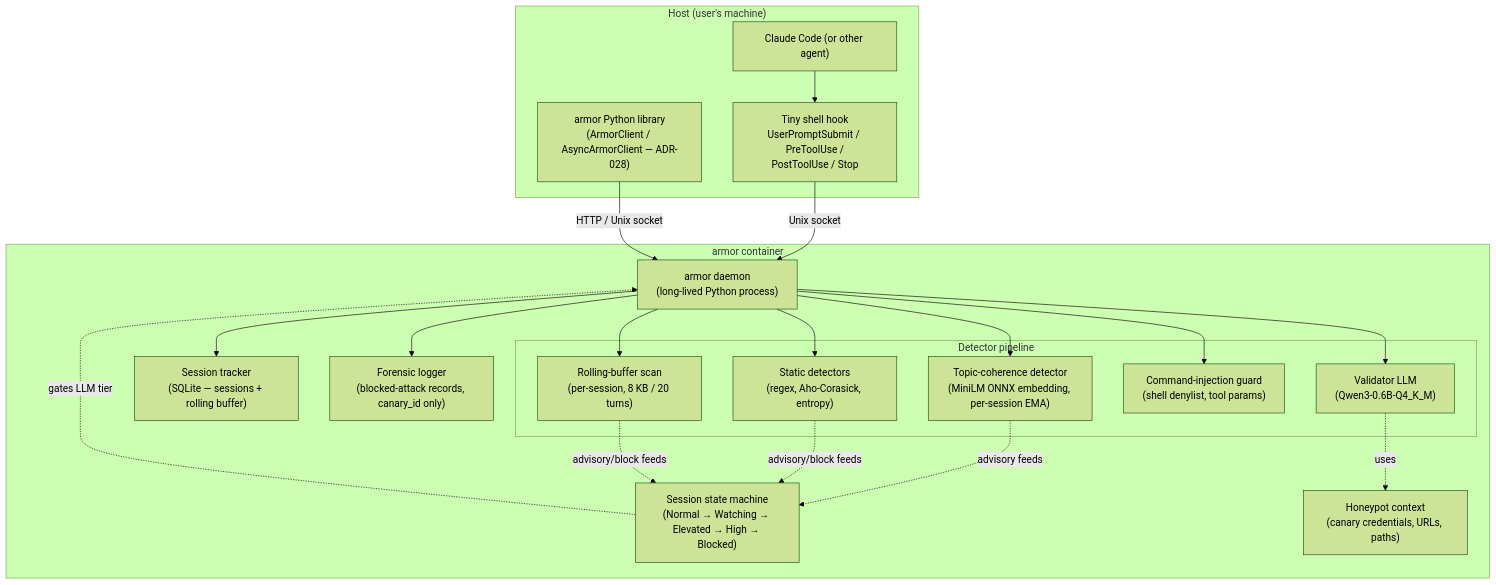
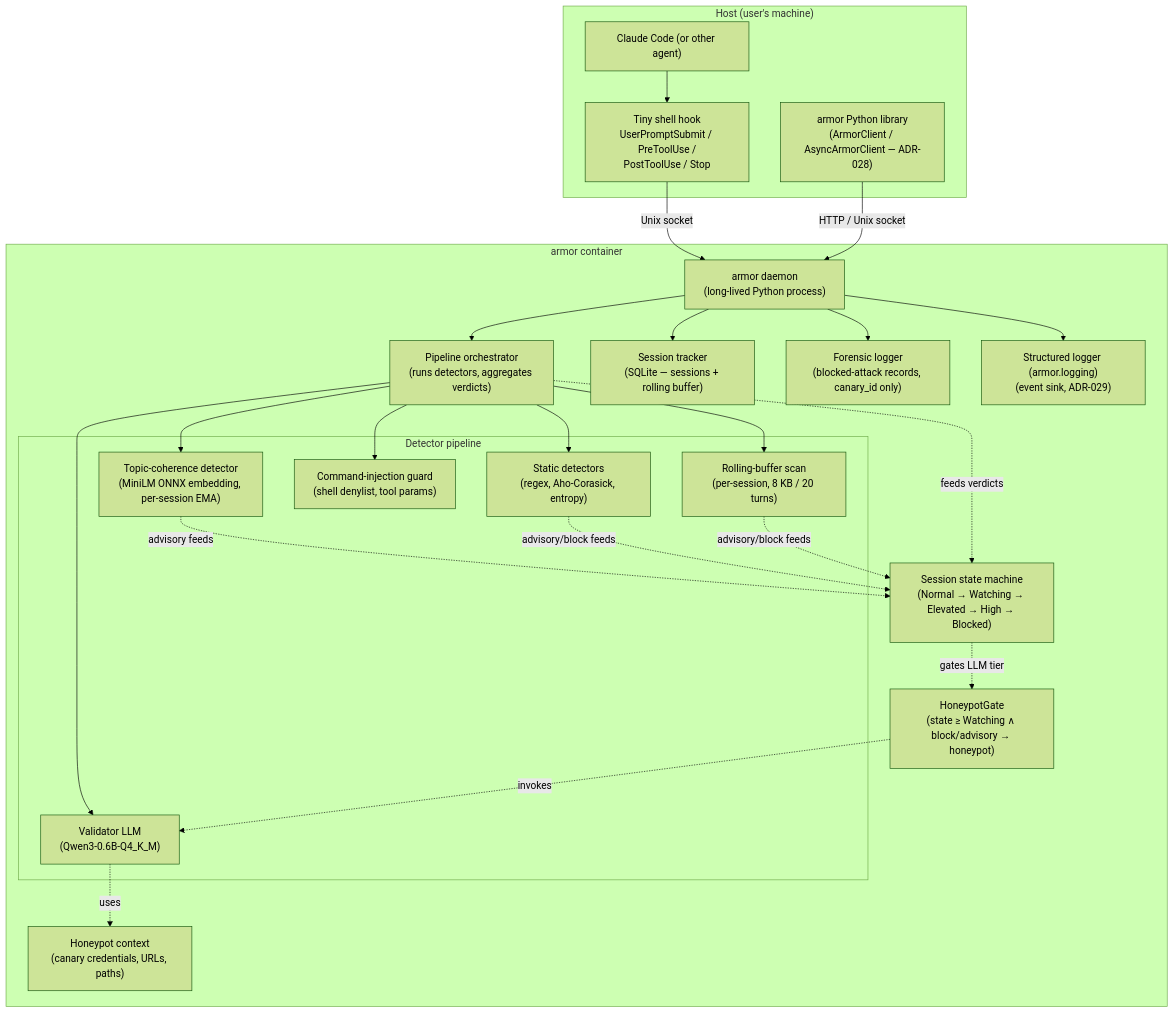
The first of 5 diagrams in docs/architecture/diagrams.md (tkdtaylor/armor), drawn with Mermaid (forest theme) before and after one commit. The commit also changed other lines of this file and 72 other files, not shown here.

````diff
--- a/docs/architecture/diagrams.md
+++ b/docs/architecture/diagrams.md
@@ -14,41 +14,50 @@
 ```mermaid
 flowchart TB
     subgraph Host["Host (user's machine)"]
         CC["Claude Code (or other agent)"]
         Hook["Tiny shell hook<br/>UserPromptSubmit / PreToolUse /<br/>PostToolUse / Stop"]
         Lib["armor Python library<br/>(ArmorClient / AsyncArmorClient — ADR-028)"]
     end
 
     subgraph Container["armor container"]
         Daemon["armor daemon<br/>(long-lived Python process)"]
 
+        PipelineOrch["Pipeline orchestrator<br/>(runs detectors, aggregates verdicts)"]
+
         subgraph Detectors["Detector pipeline"]
             Static["Static detectors<br/>(regex, Aho-Corasick, entropy)"]
             Validator["Validator LLM<br/>(Qwen3-0.6B-Q4_K_M)"]
             Topic["Topic-coherence detector<br/>(MiniLM ONNX embedding, per-session EMA)"]
             CmdGuard["Command-injection guard<br/>(shell denylist, tool params)"]
             Rolling["Rolling-buffer scan<br/>(per-session, 8 KB / 20 turns)"]
         end
 
+        HoneypotGate["HoneypotGate<br/>(state ≥ Watching ∧ block/advisory → honeypot)"]
+
         FSM["Session state machine<br/>(Normal → Watching → Elevated → High → Blocked)"]
         Session["Session tracker<br/>(SQLite — sessions + rolling buffer)"]
         Forensic["Forensic logger<br/>(blocked-attack records, canary_id only)"]
         Honeypot["Honeypot context<br/>(canary credentials, URLs, paths)"]
+        Logger["Structured logger (armor.logging)<br/>(event sink, ADR-029)"]
     end
 
     CC --> Hook
     Hook -->|Unix socket| Daemon
     Lib -->|HTTP / Unix socket| Daemon
-    Daemon --> Static
-    Daemon --> Validator
-    Daemon --> Topic
-    Daemon --> CmdGuard
-    Daemon --> Rolling
+    Daemon --> PipelineOrch
+    PipelineOrch --> Static
+    PipelineOrch --> Validator
+    PipelineOrch --> Topic
+    PipelineOrch --> CmdGuard
+    PipelineOrch --> Rolling
     Validator -.uses.-> Honeypot
+    HoneypotGate -.invokes.-> Validator
     Topic -.advisory feeds.-> FSM
     Static -.advisory/block feeds.-> FSM
     Rolling -.advisory/block feeds.-> FSM
-    FSM -.gates LLM tier.-> Daemon
+    FSM -.gates LLM tier.-> HoneypotGate
     Daemon --> Session
     Daemon --> Forensic
+    Daemon --> Logger
+    PipelineOrch -.feeds verdicts.-> FSM
 ```
````
